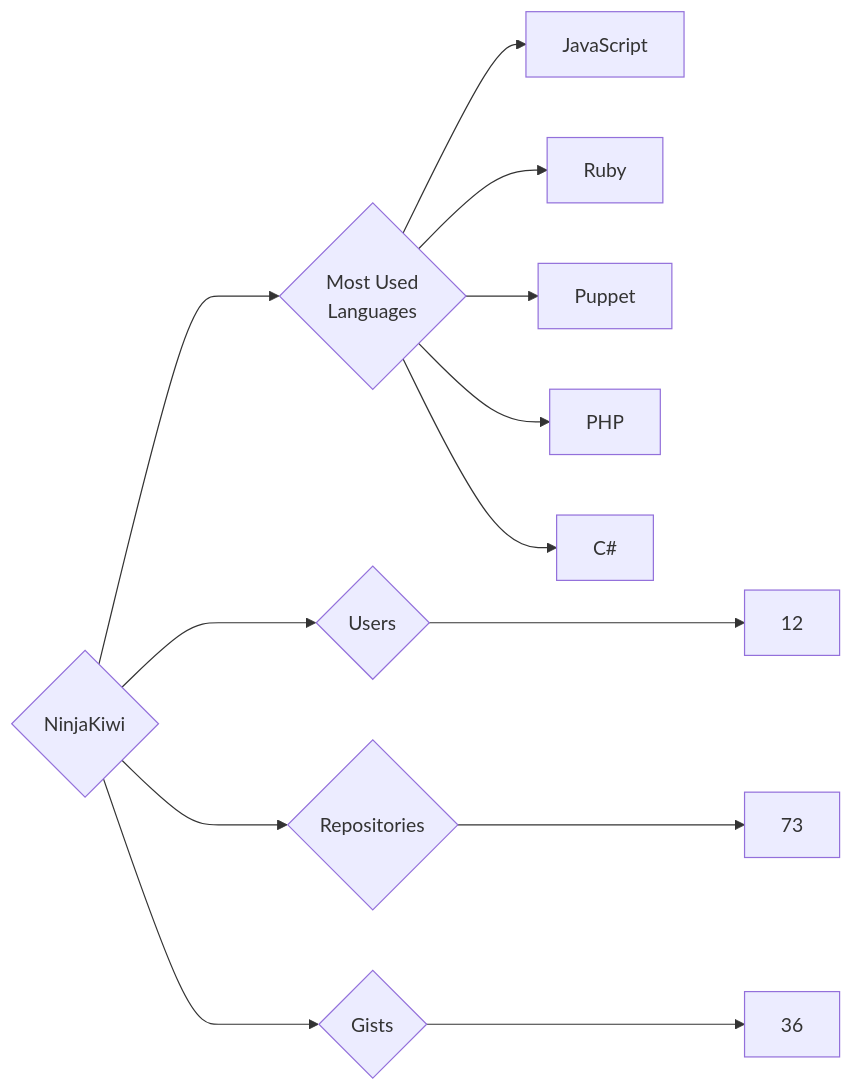
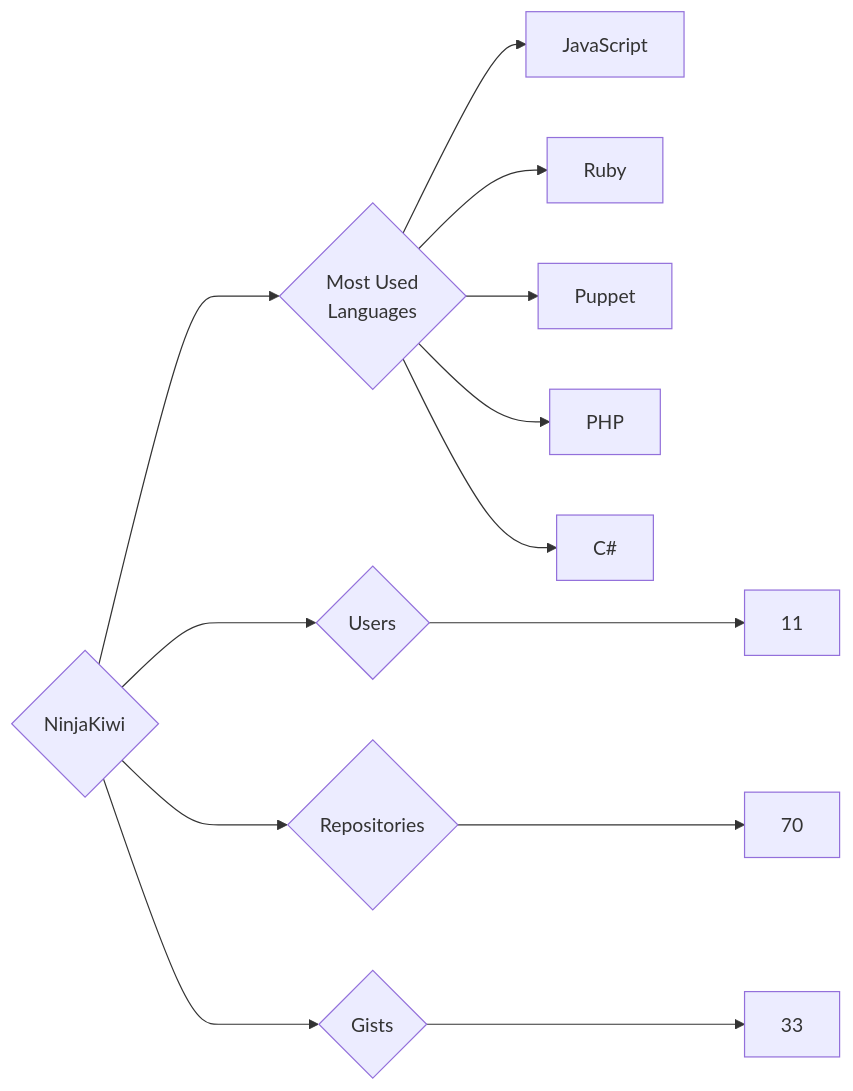
The diagram in targets/NinjaKiwi/README.md (trickest/insiders), drawn with Mermaid before and after one commit. The commit also changed 1496 other files, not shown here.

````diff
--- a/targets/NinjaKiwi/README.md
+++ b/targets/NinjaKiwi/README.md
@@ -3,13 +3,13 @@
 ```mermaid
 graph LR
 COMPANY_NAME{NinjaKiwi}
-COMPANY_NAME ---> U{Users} ---> UN[12]
-COMPANY_NAME ---> R{Repositories} ---> RN[73]
-COMPANY_NAME ---> G{Gists} ---> GN[36]
+COMPANY_NAME ---> U{Users} ---> UN[11]
+COMPANY_NAME ---> R{Repositories} ---> RN[70]
+COMPANY_NAME ---> G{Gists} ---> GN[33]
 COMPANY_NAME ---> ML{Most Used<br>Languages}
 ML --> JavaScript[JavaScript]
 ML --> Ruby[Ruby]
 ML --> Puppet[Puppet]
 ML --> PHP[PHP]
 ML --> C#[C#]
 ```
````
